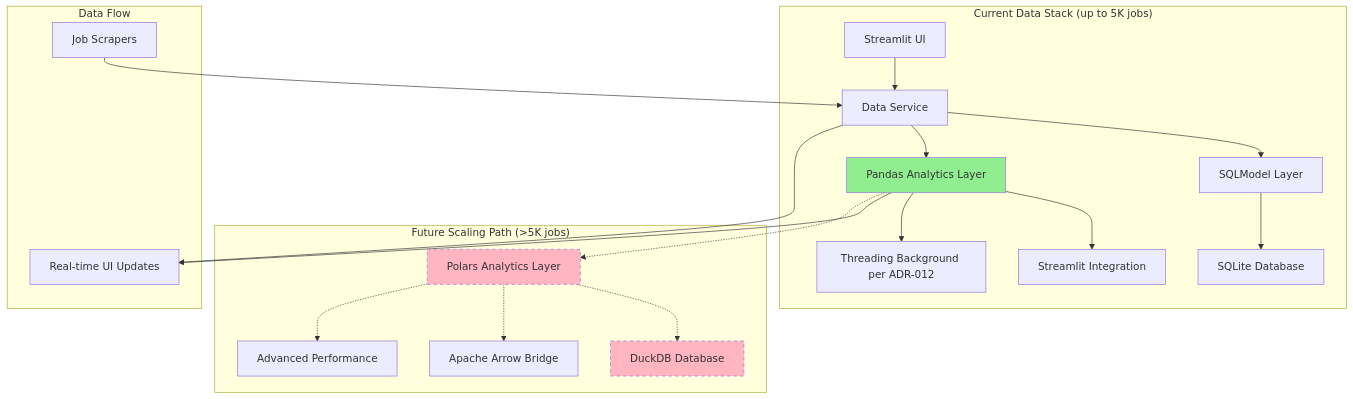
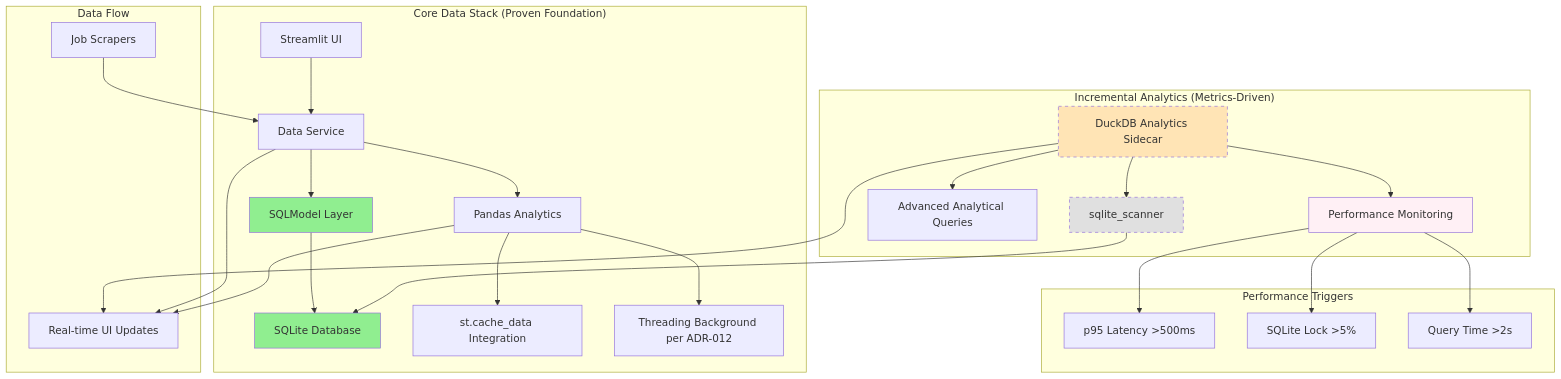
Before and after one commit to BjornMelin/ai-job-scraper: the diagram in docs/adrs/ADR-019-simple-data-management.md, drawn with Mermaid. The commit also changed other lines of this file and 9 other files, not shown here.

First line of the commit message:
docs: update ADRs for incremental DuckDB evolution and analytics strategy

````diff
--- a/docs/adrs/ADR-019-simple-data-management.md
+++ b/docs/adrs/ADR-019-simple-data-management.md
@@ -65,28 +66,41 @@
 ```mermaid
 graph TB
-    subgraph "Current Data Stack (up to 5K jobs)"
+    subgraph "Core Data Stack (Proven Foundation)"
         A[Streamlit UI] --> B[Data Service]
         B --> C[SQLModel Layer]
-        B --> D[Pandas Analytics Layer]
+        B --> D[Pandas Analytics]
         C --> E[SQLite Database]
-        D --> F[Streamlit Integration]
+        D --> F[st.cache_data Integration]
         D --> G[Threading Background per ADR-012]
     end
     
-    subgraph "Future Scaling Path (>5K jobs)"
-        H[Polars Analytics Layer] -.-> I[DuckDB Database]
-        H -.-> J[Apache Arrow Bridge]
-        H -.-> K[Advanced Performance]
+    subgraph "Incremental Analytics (Metrics-Driven)"
+        H[DuckDB Analytics Sidecar] --> I[sqlite_scanner]
+        I --> E
+        H --> J[Advanced Analytical Queries]
+        H --> K[Performance Monitoring]
     end
     
     subgraph "Data Flow"
         L[Job Scrapers] --> B
         B --> M[Real-time UI Updates]
         D --> M
-        D -.-> H
+        H --> M
     end
     
-    style D fill:#90EE90
-    style H fill:#FFB6C1,stroke-dasharray: 5 5
-    style I fill:#FFB6C1,stroke-dasharray: 5 5
+    subgraph "Performance Triggers"
+        N[p95 Latency >500ms]
+        O[SQLite Lock >5%]
+        P[Query Time >2s]
+    end
+    
+    K --> N
+    K --> O
+    K --> P
+    
+    style C fill:#90EE90
+    style E fill:#90EE90
+    style H fill:#FFE4B5,stroke-dasharray: 5 5
+    style I fill:#E0E0E0,stroke-dasharray: 5 5
+    style K fill:#FFF0F5
 ```
````
